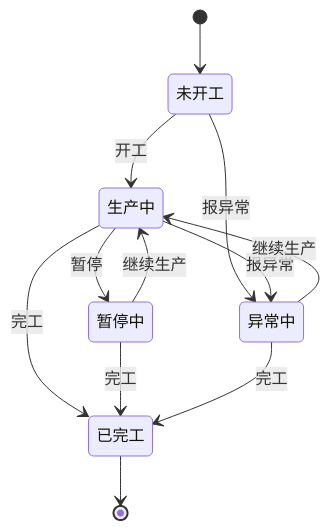
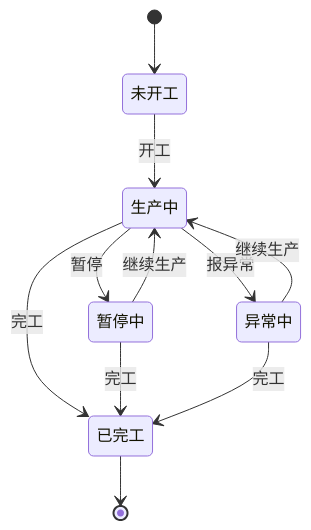
Before and after one commit to lurenxing628/----: the third of 3 diagrams in .codestable/compound/2026-05-23-explore-aps-three-gap-directions.md, drawn with Mermaid. The commit also changed other lines of this file and 11 other files, not shown here.

````diff
--- a/.codestable/compound/2026-05-23-explore-aps-three-gap-directions.md
+++ b/.codestable/compound/2026-05-23-explore-aps-three-gap-directions.md
@@ -1193,14 +1214,13 @@
 ```mermaid
 stateDiagram-v2
   [*] --> 未开工
   未开工 --> 生产中: 开工
-  未开工 --> 异常中: 报异常
   生产中 --> 暂停中: 暂停
   生产中 --> 异常中: 报异常
   生产中 --> 已完工: 完工
   暂停中 --> 生产中: 继续生产
   暂停中 --> 已完工: 完工
   异常中 --> 生产中: 继续生产
   异常中 --> 已完工: 完工
   已完工 --> [*]
 ```
````
